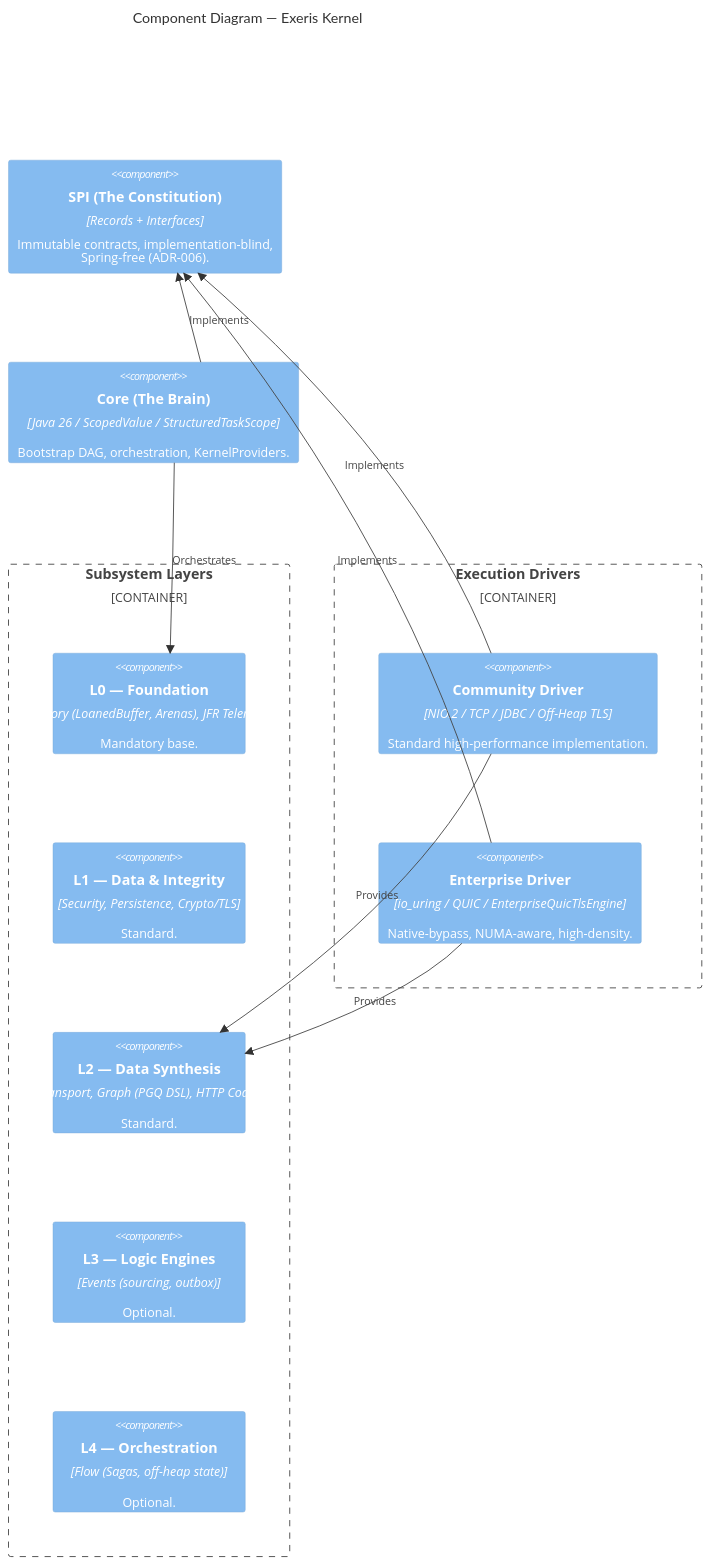
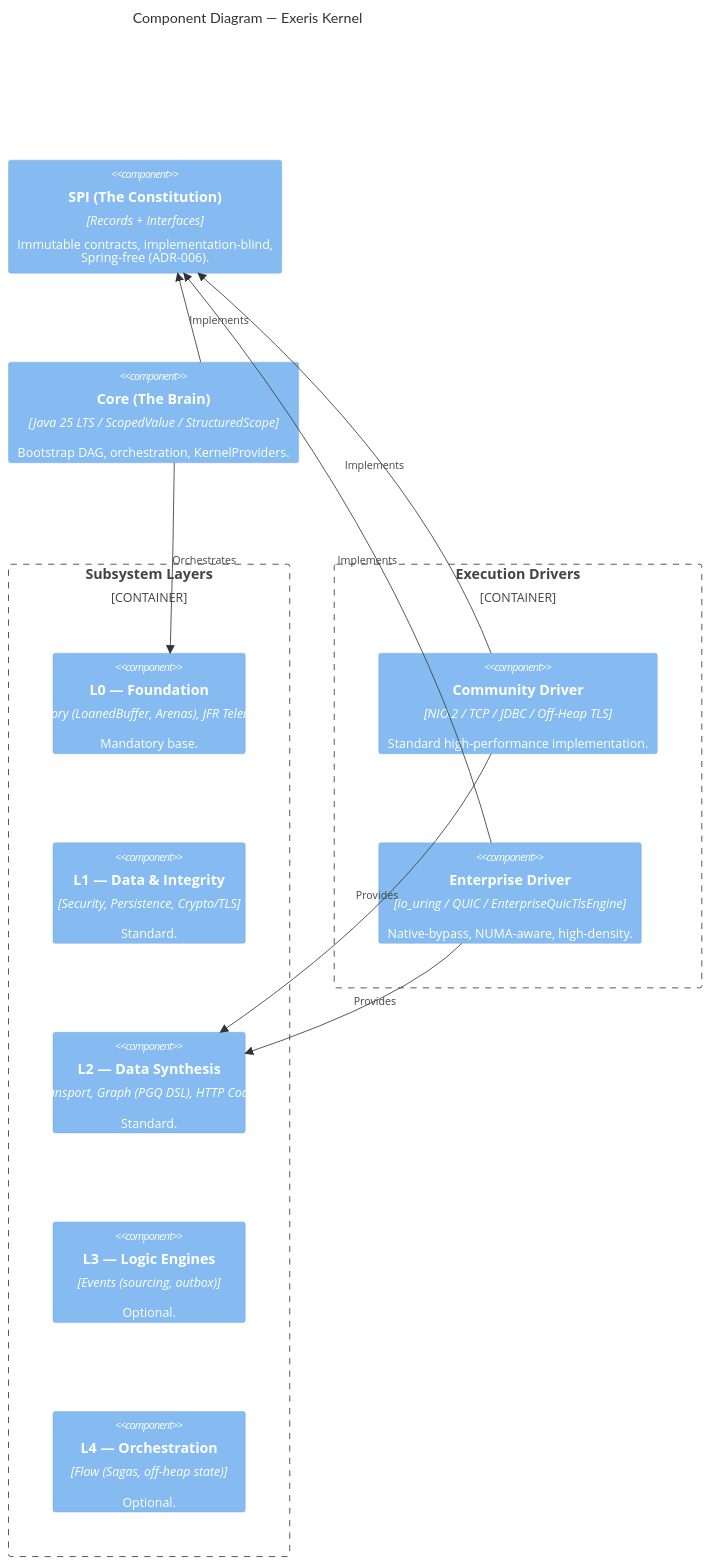
The third of 3 diagrams in high-level-architecture.md (exeris-systems/exeris-docs), drawn with Mermaid before and after one commit. The commit also changed other lines of this file and 85 other files, not shown here.

````diff
--- a/high-level-architecture.md
+++ b/high-level-architecture.md
@@ -114,29 +124,29 @@
 ```mermaid
 C4Component
     title Component Diagram — Exeris Kernel
 
     Component(spi, "SPI (The Constitution)", "Records + Interfaces", "Immutable contracts, implementation-blind,<br/>Spring-free (ADR-006).")
-    Component(core, "Core (The Brain)", "Java 26 / ScopedValue / StructuredTaskScope", "Bootstrap DAG, orchestration, KernelProviders.")
+    Component(core, "Core (The Brain)", "Java 25 LTS / ScopedValue / StructuredScope", "Bootstrap DAG, orchestration, KernelProviders.")
 
     Container_Boundary(subsystems, "Subsystem Layers") {
         Component(l0, "L0 — Foundation", "Memory (LoanedBuffer, Arenas), JFR Telemetry", "Mandatory base.")
         Component(l1, "L1 — Data & Integrity", "Security, Persistence, Crypto/TLS", "Standard.")
         Component(l2, "L2 — Data Synthesis", "Transport, Graph (PGQ DSL), HTTP Codec", "Standard.")
         Component(l3, "L3 — Logic Engines", "Events (sourcing, outbox)", "Optional.")
         Component(l4, "L4 — Orchestration", "Flow (Sagas, off-heap state)", "Optional.")
     }
 
     Container_Boundary(drivers, "Execution Drivers") {
         Component(community, "Community Driver", "NIO.2 / TCP / JDBC / Off-Heap TLS", "Standard high-performance implementation.")
         Component(enterprise, "Enterprise Driver", "io_uring / QUIC / EnterpriseQuicTlsEngine", "Native-bypass, NUMA-aware, high-density.")
     }
 
-    %% Bardzo zwięzłe strzałki
+    %% Very terse arrows
     Rel(core, spi, "Implements")
     Rel(community, spi, "Implements")
     Rel(enterprise, spi, "Implements")
 
     Rel(core, l0, "Orchestrates")
     Rel(community, l2, "Provides")
     Rel(enterprise, l2, "Provides")
 ```
````
